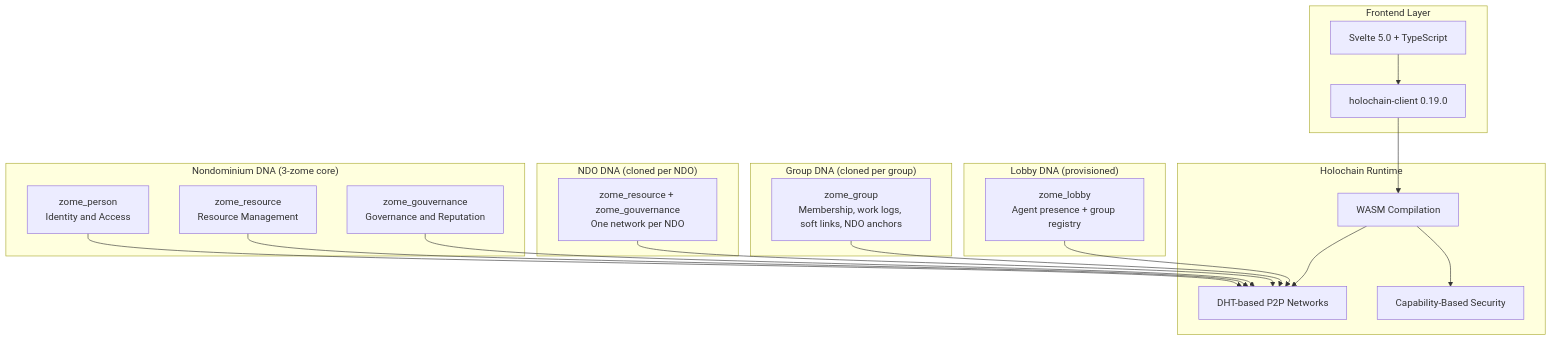
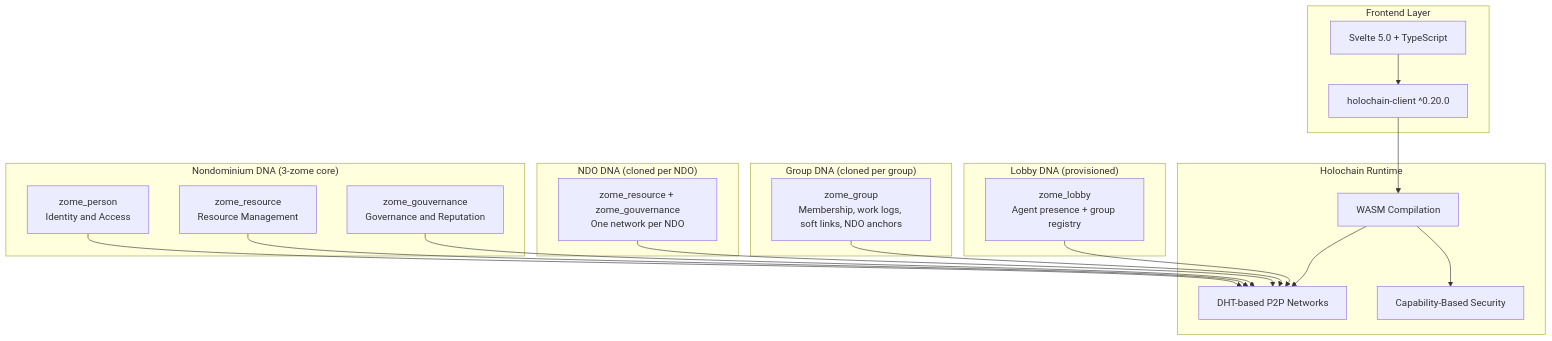
The first of 13 diagrams in documentation/ARCHITECTURE_COMPONENTS.md (Sensorica/nondominium), drawn with Mermaid before and after one commit. The commit also changed other lines of this file and 33 other files, not shown here.

````diff
--- a/documentation/ARCHITECTURE_COMPONENTS.md
+++ b/documentation/ARCHITECTURE_COMPONENTS.md
@@ -28,43 +28,43 @@
 ```mermaid
 graph TB
     subgraph "Frontend Layer"
         UI["Svelte 5.0 + TypeScript"]
-        Client["holochain-client 0.19.0"]
+        Client["holochain-client ^0.20.0"]
     end
 
     subgraph "Holochain Runtime"
         WASM[WASM Compilation]
         DHT[DHT-based P2P Networks]
         CapSec[Capability-Based Security]
     end
 
     subgraph "Lobby DNA (provisioned)"
         Lobby["zome_lobby<br/>Agent presence + group registry"]
     end
 
     subgraph "Group DNA (cloned per group)"
         Group["zome_group<br/>Membership, work logs, soft links, NDO anchors"]
     end
 
     subgraph "NDO DNA (cloned per NDO)"
         NdoCell["zome_resource + zome_gouvernance<br/>One network per NDO"]
     end
 
     subgraph "Nondominium DNA (3-zome core)"
         Person["zome_person<br/>Identity and Access"]
         Resource["zome_resource<br/>Resource Management"]
         Gov["zome_gouvernance<br/>Governance and Reputation"]
     end
 
     UI --> Client
     Client --> WASM
     WASM --> DHT
     WASM --> CapSec
 
     Lobby --> DHT
     Group --> DHT
     NdoCell --> DHT
     Person --> DHT
     Resource --> DHT
     Gov --> DHT
 ```
````
